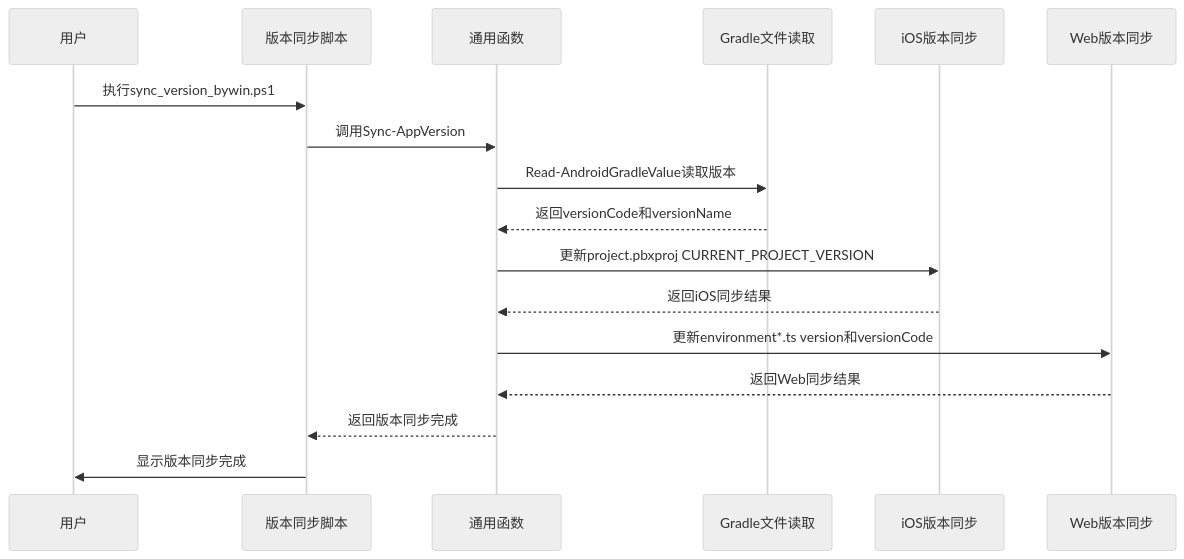
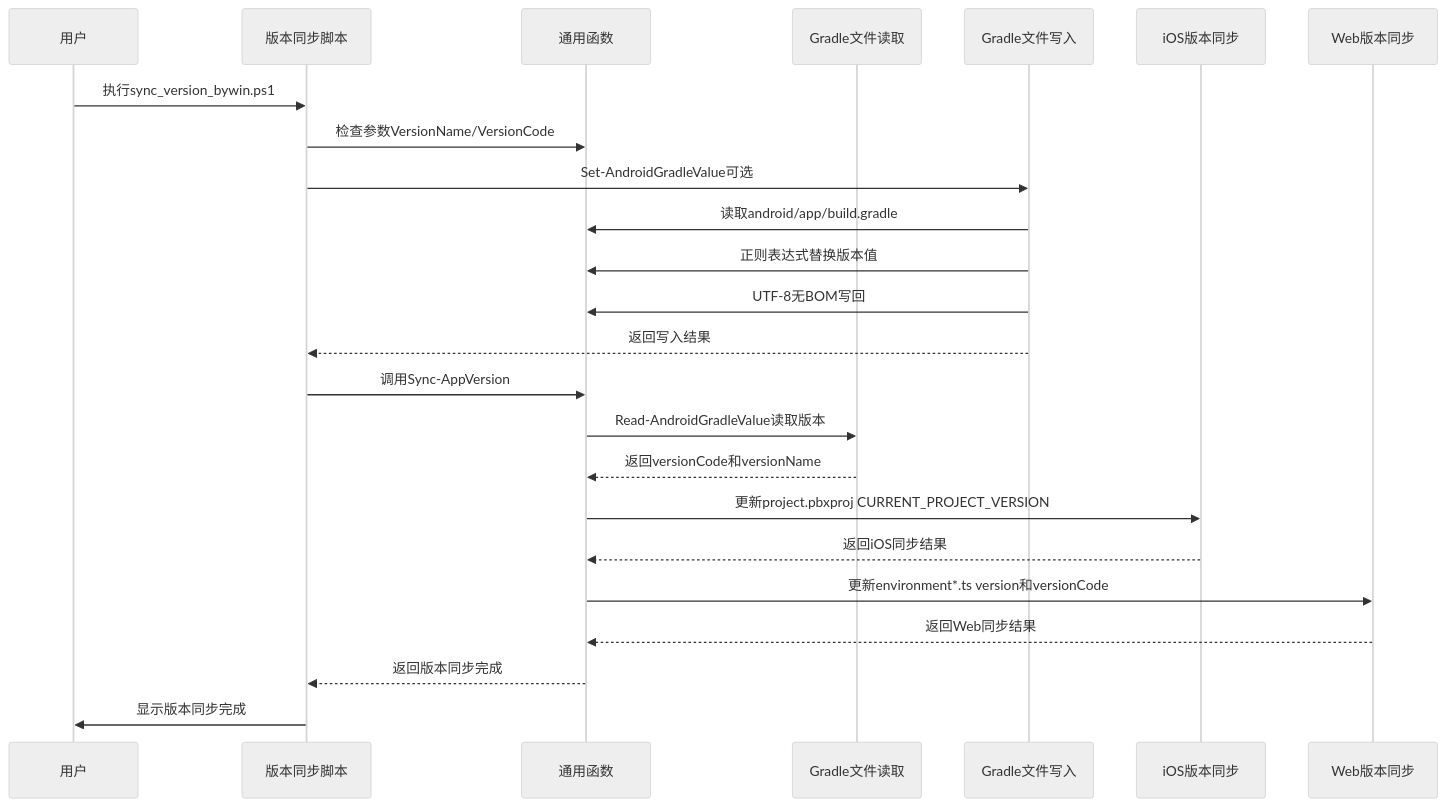
One commit to tea4go/Macro-Deck-Client-App changed the sixth of 10 diagrams in .qoder/repowiki/zh/content/构建与部署/Windows PowerShell自动化.md. Above: the diagram before and after it, drawn with Mermaid (neutral theme). The commit also changed other lines of this file and 8 other files, not shown here.

````diff
--- a/.qoder/repowiki/zh/content/构建与部署/Windows PowerShell自动化.md
+++ b/.qoder/repowiki/zh/content/构建与部署/Windows PowerShell自动化.md
@@ -631,19 +740,26 @@
 ```mermaid
 sequenceDiagram
 participant User as 用户
 participant SyncScript as 版本同步脚本
 participant Common as 通用函数
 participant GradleReader as Gradle文件读取
+participant GradleWriter as Gradle文件写入
 participant IOSync as iOS版本同步
 participant WebSync as Web版本同步
 User->>SyncScript : 执行sync_version_bywin.ps1
+SyncScript->>Common : 检查参数VersionName/VersionCode
+SyncScript->>GradleWriter : Set-AndroidGradleValue可选
+GradleWriter->>Common : 读取android/app/build.gradle
+GradleWriter->>Common : 正则表达式替换版本值
+GradleWriter->>Common : UTF-8无BOM写回
+GradleWriter-->>SyncScript : 返回写入结果
 SyncScript->>Common : 调用Sync-AppVersion
 Common->>GradleReader : Read-AndroidGradleValue读取版本
 GradleReader-->>Common : 返回versionCode和versionName
 Common->>IOSync : 更新project.pbxproj CURRENT_PROJECT_VERSION
 IOSync-->>Common : 返回iOS同步结果
 Common->>WebSync : 更新environment*.ts version和versionCode
 WebSync-->>Common : 返回Web同步结果
 Common-->>SyncScript : 返回版本同步完成
 SyncScript->>User : 显示版本同步完成
 ```
````
